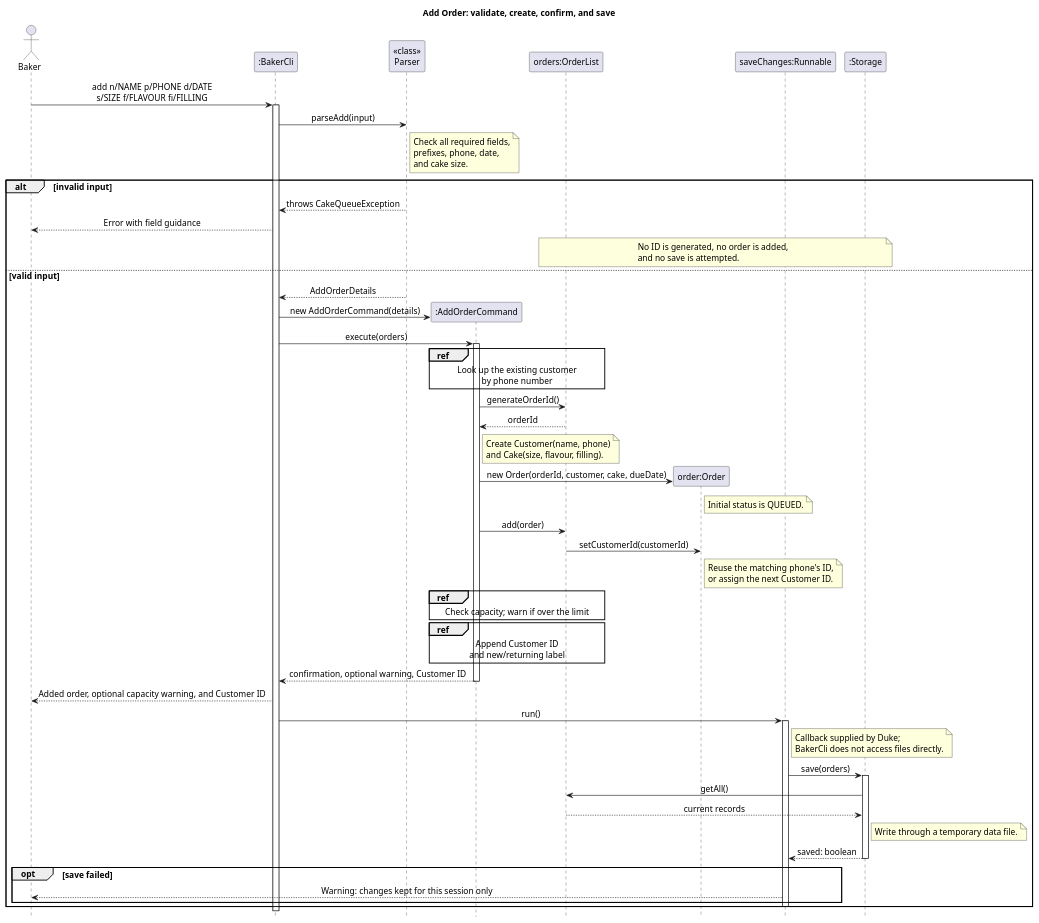
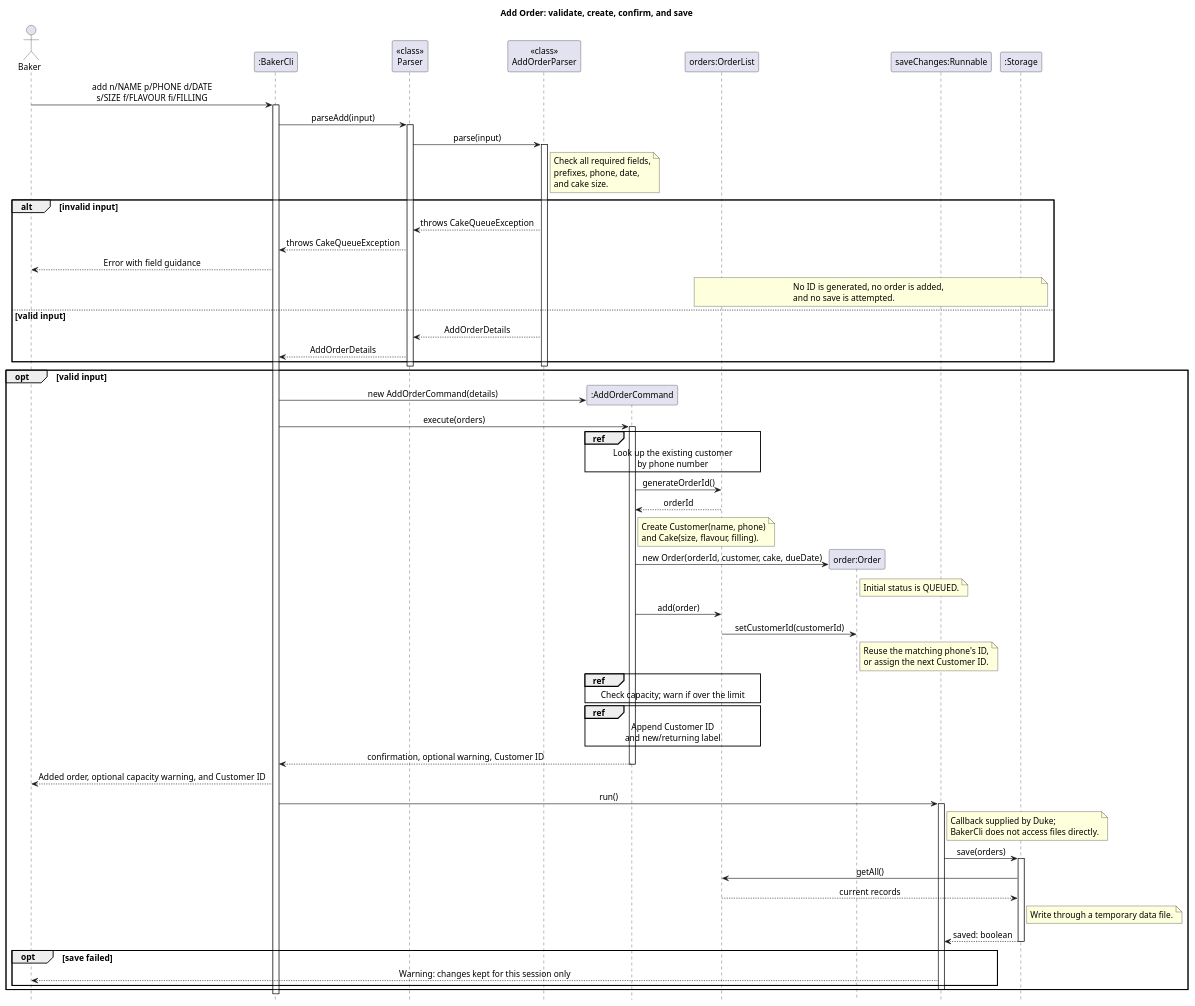
The diagram in docs/diagrams/add-order-sequence.puml (AY2627S1-CS2113-W12-1/tp), drawn with PlantUML before and after one commit. The commit also changed 8 other files, not shown here.

First line of the commit message:
Extract AddOrderParser

```diff
--- a/docs/diagrams/add-order-sequence.puml
+++ b/docs/diagrams/add-order-sequence.puml
@@ -1,80 +1,90 @@
 @startuml
 ' Author: Eethanzyj
 title Add Order: validate, create, confirm, and save
 skinparam backgroundColor white
 skinparam defaultFontName SansSerif
 skinparam defaultFontSize 14
 skinparam sequenceMessageAlign center
 hide footbox
 
 actor Baker
 participant ":BakerCli" as Cli
 participant "<<class>>\nParser" as Parser
+participant "<<class>>\nAddOrderParser" as AddParser
 participant ":AddOrderCommand" as Add
 participant "orders:OrderList" as Orders
 participant "order:Order" as Order
 participant "saveChanges:Runnable" as Save
 participant ":Storage" as Storage
 
 Baker -> Cli : add n/NAME p/PHONE d/DATE\ns/SIZE f/FLAVOUR fi/FILLING
 activate Cli
 Cli -> Parser : parseAdd(input)
-note right of Parser
+activate Parser
+Parser -> AddParser : parse(input)
+activate AddParser
+note right of AddParser
   Check all required fields,
   prefixes, phone, date,
   and cake size.
 end note
 alt invalid input
+  AddParser --> Parser : throws CakeQueueException
   Parser --> Cli : throws CakeQueueException
   Cli --> Baker : Error with field guidance
   note over Orders, Storage
     No ID is generated, no order is added,
     and no save is attempted.
   end note
 else valid input
+  AddParser --> Parser : AddOrderDetails
   Parser --> Cli : AddOrderDetails
+end
+deactivate AddParser
+deactivate Parser
+opt valid input
   create Add
   Cli -> Add : new AddOrderCommand(details)
   Cli -> Add : execute(orders)
   activate Add
   ref over Add, Orders : Look up the existing customer\nby phone number
   Add -> Orders : generateOrderId()
   Orders --> Add : orderId
   note right of Add
     Create Customer(name, phone)
     and Cake(size, flavour, filling).
   end note
   create Order
   Add -> Order : new Order(orderId, customer, cake, dueDate)
   note right of Order : Initial status is QUEUED.
   Add -> Orders : add(order)
   Orders -> Order : setCustomerId(customerId)
   note right of Order
     Reuse the matching phone's ID,
     or assign the next Customer ID.
   end note
   ref over Add, Orders : Check capacity; warn if over the limit
   ref over Add, Orders : Append Customer ID\nand new/returning label
   Add --> Cli : confirmation, optional warning, Customer ID
   deactivate Add
   Cli --> Baker : Added order, optional capacity warning, and Customer ID
   Cli -> Save : run()
   activate Save
   note right of Save
     Callback supplied by Duke;
     BakerCli does not access files directly.
   end note
   Save -> Storage : save(orders)
   activate Storage
   Storage -> Orders : getAll()
   Orders --> Storage : current records
   note right of Storage : Write through a temporary data file.
   Storage --> Save : saved: boolean
   deactivate Storage
   opt save failed
     Save --> Baker : Warning: changes kept for this session only
   end
   deactivate Save
 end
 deactivate Cli
 @enduml
```
